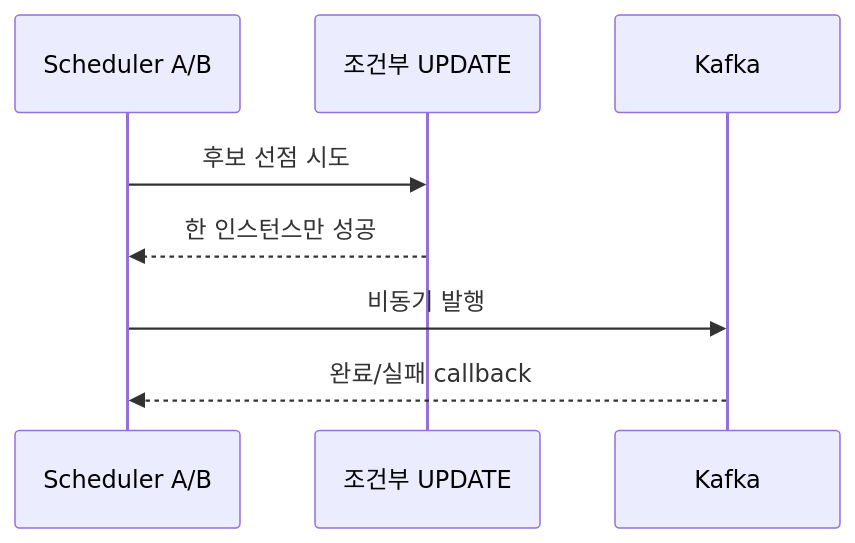
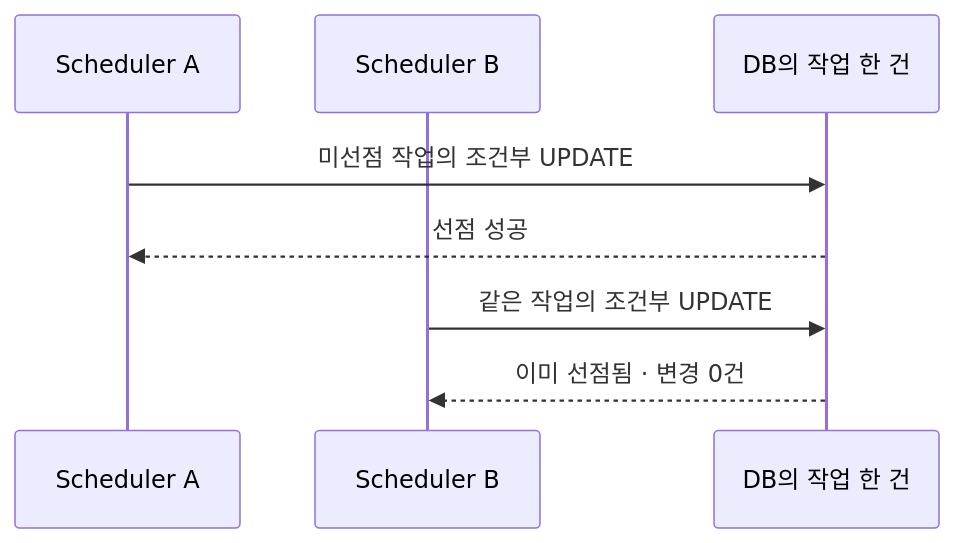
The third of 3 diagrams in content/study/jvm/concurrency-and-completablefuture.mdx (jhkimm96/jihee-portfolio), drawn with Mermaid before and after one commit. The commit also changed other lines of this file and 9 other files, not shown here.

````diff
--- a/content/study/jvm/concurrency-and-completablefuture.mdx
+++ b/content/study/jvm/concurrency-and-completablefuture.mdx
@@ -15,10 +112,10 @@
 ```mermaid
 sequenceDiagram
-  participant S as Scheduler A/B
-  participant DB as 조건부 UPDATE
-  participant K as Kafka
-  S->>DB: 후보 선점 시도
-  DB-->>S: 한 인스턴스만 성공
-  S->>K: 비동기 발행
-  K-->>S: 완료/실패 callback
+  participant A as Scheduler A
+  participant B as Scheduler B
+  participant DB as DB의 작업 한 건
+  A->>DB: 미선점 작업의 조건부 UPDATE
+  DB-->>A: 선점 성공
+  B->>DB: 같은 작업의 조건부 UPDATE
+  DB-->>B: 이미 선점됨 · 변경 0건
 ```
````
